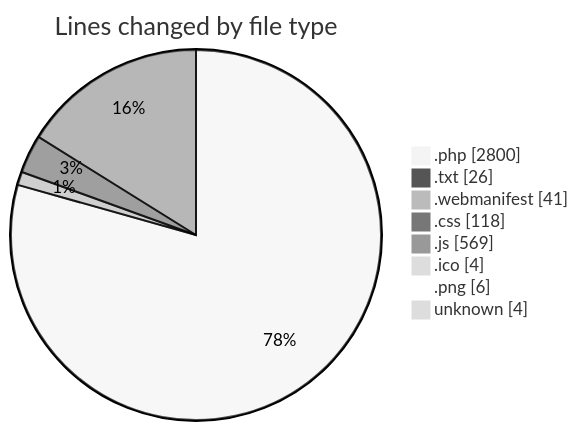
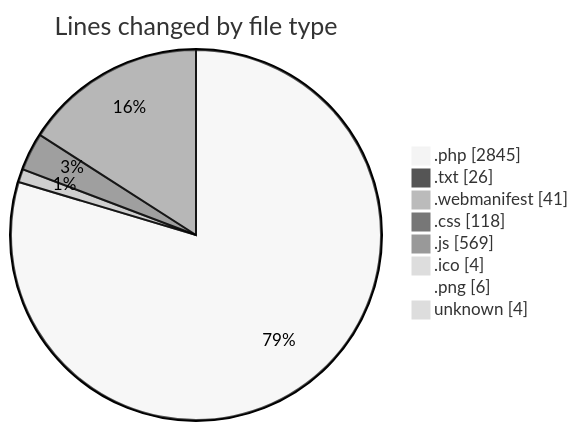
Before and after one commit to lephambinh05/code-tracking: the first of 2 diagrams in 2025-08-20/quytuthien_vn/README.md, drawn with Mermaid (neutral theme). The commit also changed other lines of this file and 1 other file, not shown here.

````diff
--- a/2025-08-20/quytuthien_vn/README.md
+++ b/2025-08-20/quytuthien_vn/README.md
@@ -85,12 +86,12 @@
 ```mermaid
 pie showData
 title Lines changed by file type
-".php" : 2800
+".php" : 2845
 ".txt" : 26
 ".webmanifest" : 41
 ".css" : 118
 ".js" : 569
 ".ico" : 4
 ".png" : 6
 "unknown" : 4
 ```
````
